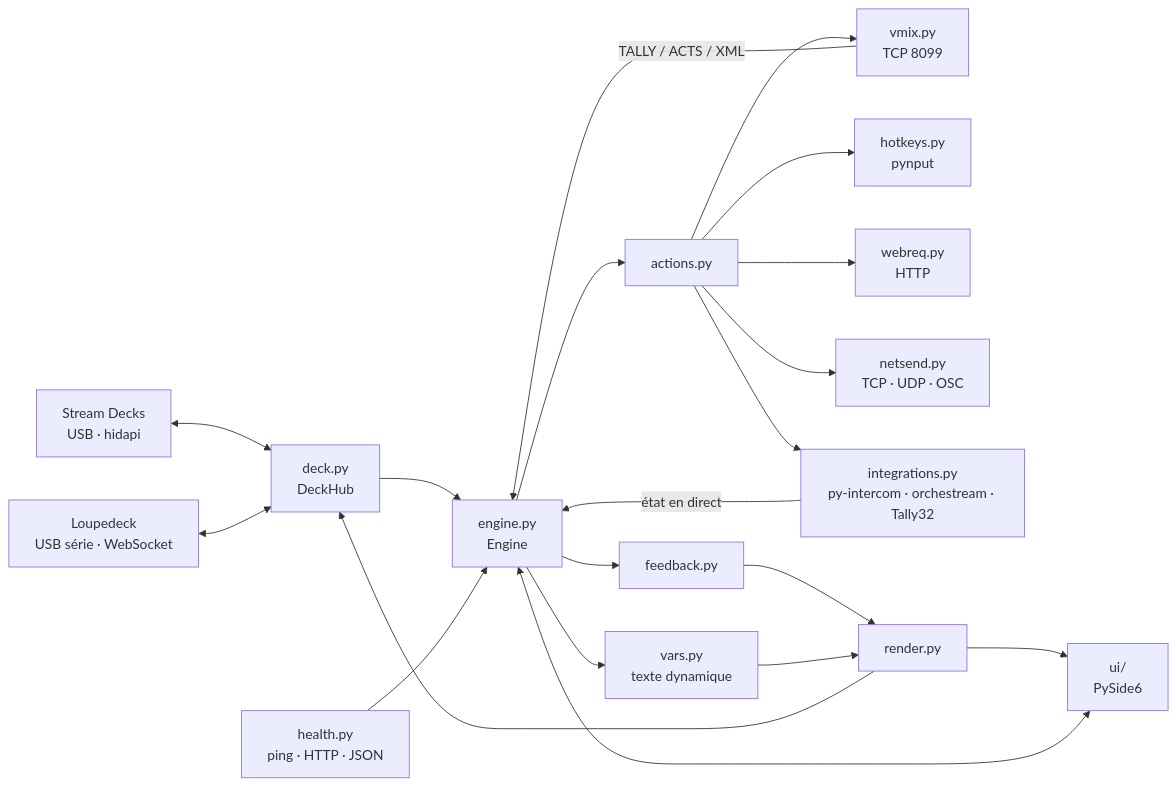
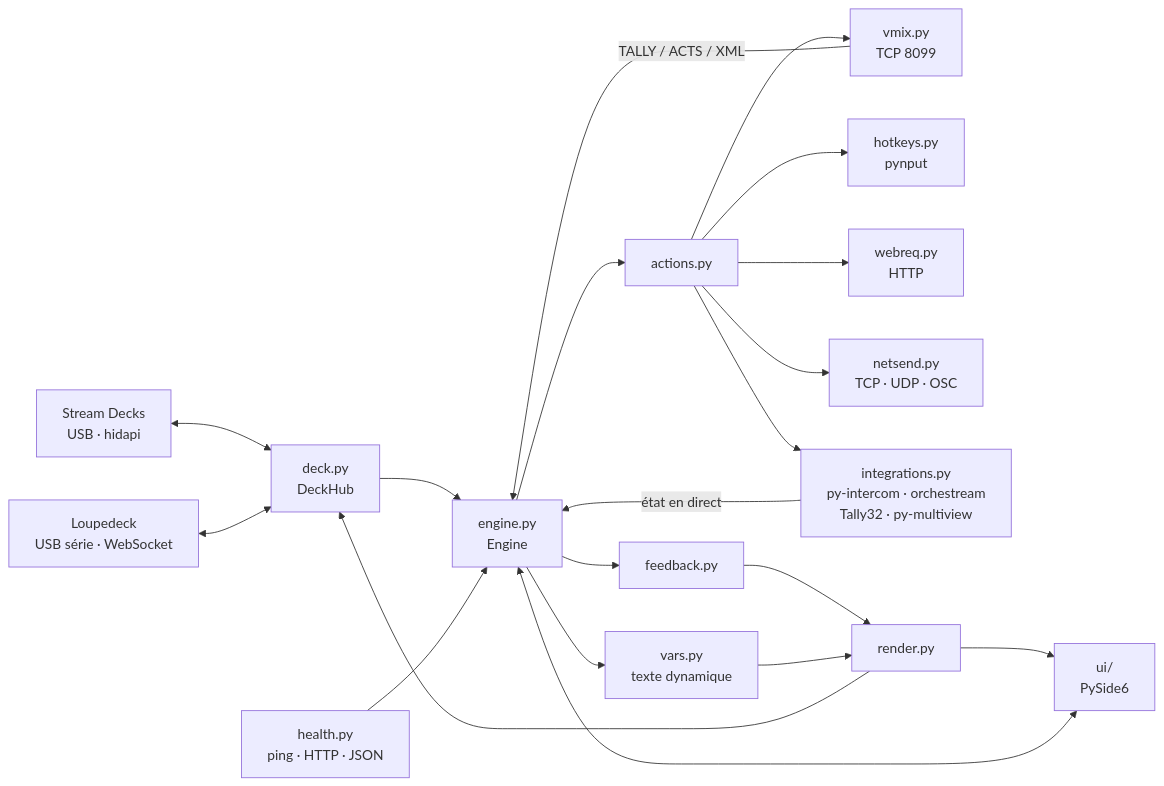
One commit to lfpoulain/py-livedeck changed the diagram in docs/architecture.md. Above: the diagram before and after it, drawn with Mermaid. The commit also changed other lines of this file and 14 other files, not shown here.

````diff
--- a/docs/architecture.md
+++ b/docs/architecture.md
@@ -7,19 +7,19 @@
 ```mermaid
 flowchart LR
     SD[Stream Decks<br/>USB · hidapi] <--> DM[deck.py<br/>DeckHub]
     LD[Loupedeck<br/>USB série · WebSocket] <--> DM
     DM --> E[engine.py<br/>Engine]
     UI[ui/<br/>PySide6] <--> E
     E --> A[actions.py]
     A --> VX[vmix.py<br/>TCP 8099]
     A --> HK[hotkeys.py<br/>pynput]
     A --> WR[webreq.py<br/>HTTP]
     A --> NS[netsend.py<br/>TCP · UDP · OSC]
-    A --> IN[integrations.py<br/>py-intercom · orchestream · Tally32]
+    A --> IN[integrations.py<br/>py-intercom · orchestream<br/>Tally32 · py-multiview]
     VX -- TALLY / ACTS / XML --> E
     IN -- état en direct --> E
     HL[health.py<br/>ping · HTTP · JSON] --> E
     E --> FB[feedback.py] --> R[render.py] --> DM
     E --> VA[vars.py<br/>texte dynamique] --> R
     R --> UI
 ```
````
